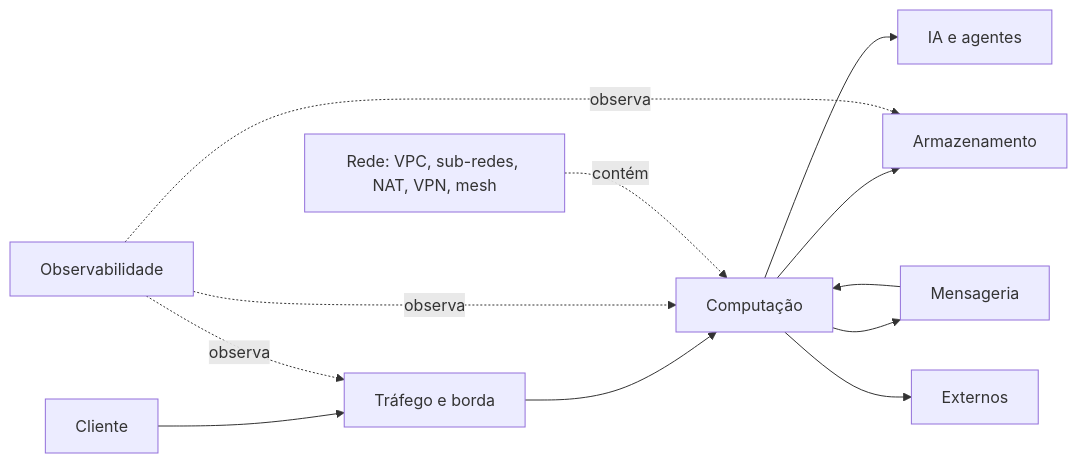
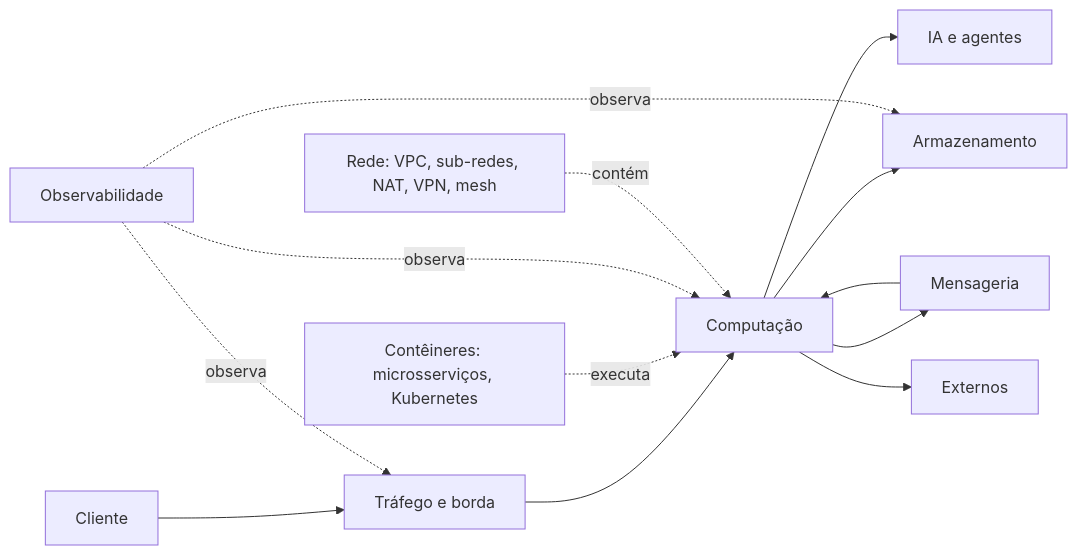
Before and after one commit to Insper/platform: the diagram in docs/2027.1/reference/components/index.pt.md, drawn with Mermaid. The commit also changed other lines of this file and 19 other files, not shown here.

````diff
--- a/docs/2027.1/reference/components/index.pt.md
+++ b/docs/2027.1/reference/components/index.pt.md
@@ -7,14 +7,15 @@
 ``` mermaid
 flowchart LR
     CL[Cliente] --> ED[Tráfego e borda]
     ED --> CO[Computação]
     CO --> ST[Armazenamento]
     CO --> MS[Mensageria]
+    CT[Contêineres: microsserviços, Kubernetes] -.executa.-> CO
     MS --> CO
     CO --> AI[IA e agentes]
     CO --> EX[Externos]
     OB[Observabilidade] -.observa.-> ED
     OB -.observa.-> CO
     OB -.observa.-> ST
     NW[Rede: VPC, sub-redes, NAT, VPN, mesh] -.contém.-> CO
 ```
````
